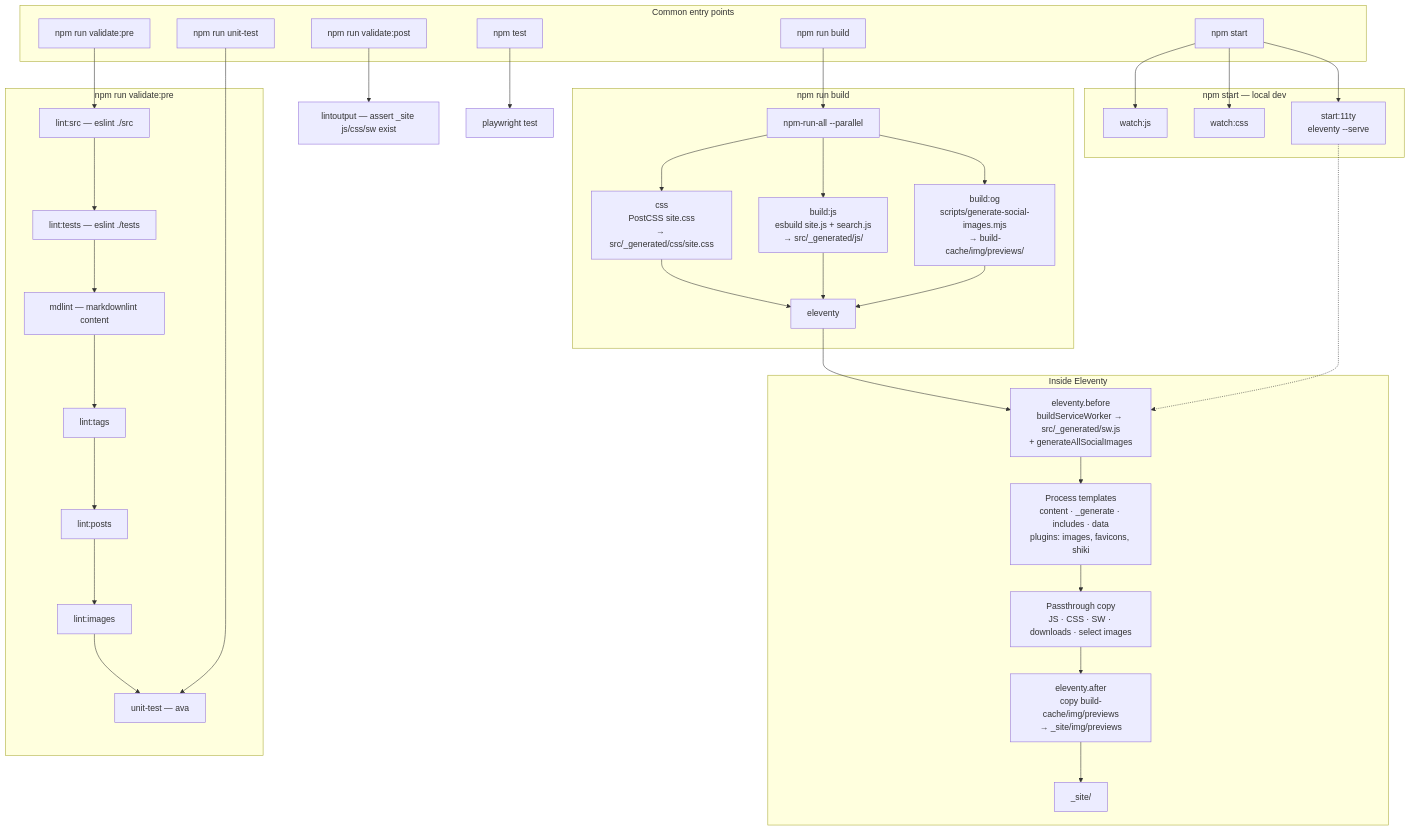
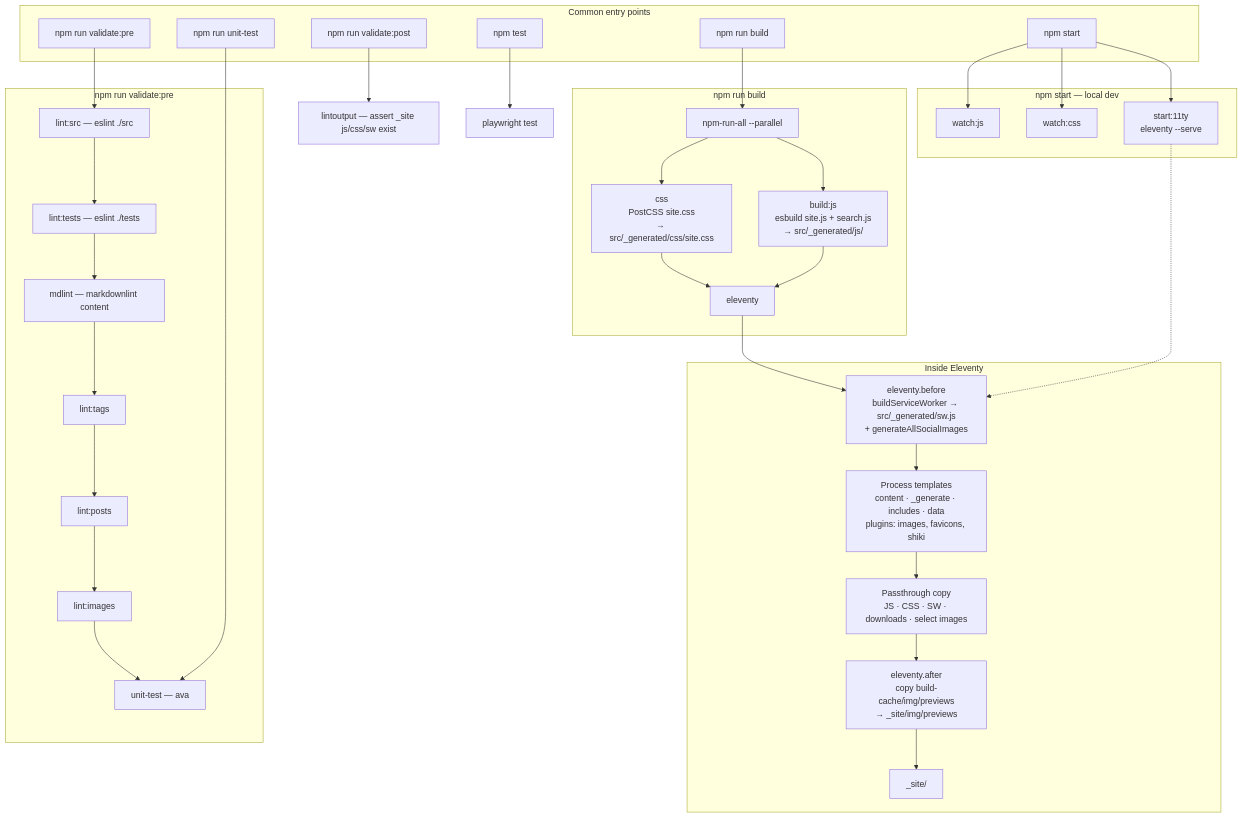
The first of 2 diagrams in README.md (deejaygraham/deejaygraham.github.io), drawn with Mermaid before and after one commit. The commit also changed other lines of this file, not shown here.

First line of the commit message:
Revise build process and validation descriptions

````diff
--- a/README.md
+++ b/README.md
@@ -18,64 +18,61 @@
 ```mermaid
 flowchart TD
   subgraph entry [Common entry points]
     buildCmd["npm run build"]
     startCmd["npm start"]
     validatePre["npm run validate:pre"]
     validatePost["npm run validate:post"]
     testCmd["npm test"]
     unitCmd["npm run unit-test"]
   end
 
   subgraph buildFlow [npm run build]
     parallel["npm-run-all --parallel"]
     css["css<br/>PostCSS site.css<br/>→ src/_generated/css/site.css"]
     js["build:js<br/>esbuild site.js + search.js<br/>→ src/_generated/js/"]
-    og["build:og<br/>scripts/generate-social-images.mjs<br/>→ build-cache/img/previews/"]
     eleventy["eleventy"]
   end
 
   buildCmd --> parallel
   parallel --> css
   parallel --> js
-  parallel --> og
   css --> eleventy
   js --> eleventy
-  og --> eleventy
 
   subgraph eleventyLifecycle [Inside Eleventy]
     before["eleventy.before<br/>buildServiceWorker → src/_generated/sw.js<br/>+ generateAllSocialImages"]
     templates["Process templates<br/>content · _generate · includes · data<br/>plugins: images, favicons, shiki"]
     passthrough["Passthrough copy<br/>JS · CSS · SW · downloads · select images"]
     after["eleventy.after<br/>copy build-cache/img/previews<br/>→ _site/img/previews"]
     out["_site/"]
   end
 
   eleventy --> before --> templates --> passthrough --> after --> out
 
   subgraph startFlow [npm start — local dev]
     wjs["watch:js"]
     wcss["watch:css"]
     serve["start:11ty<br/>eleventy --serve"]
   end
 
   startCmd --> wjs
   startCmd --> wcss
   startCmd --> serve
   serve -.-> before
 
   subgraph validatePreFlow [npm run validate:pre]
     lintSrc["lint:src — eslint ./src"]
     lintTests["lint:tests — eslint ./tests"]
     mdlint["mdlint — markdownlint content"]
     lintTags["lint:tags"]
     lintPosts["lint:posts"]
     lintImages["lint:images"]
     ava["unit-test — ava"]
   end
 
   validatePre --> lintSrc --> lintTests --> mdlint --> lintTags --> lintPosts --> lintImages --> ava
 
   validatePost --> lintOut["lintoutput — assert _site js/css/sw exist"]
   testCmd --> playwright["playwright test"]
   unitCmd --> ava
 ```
````
